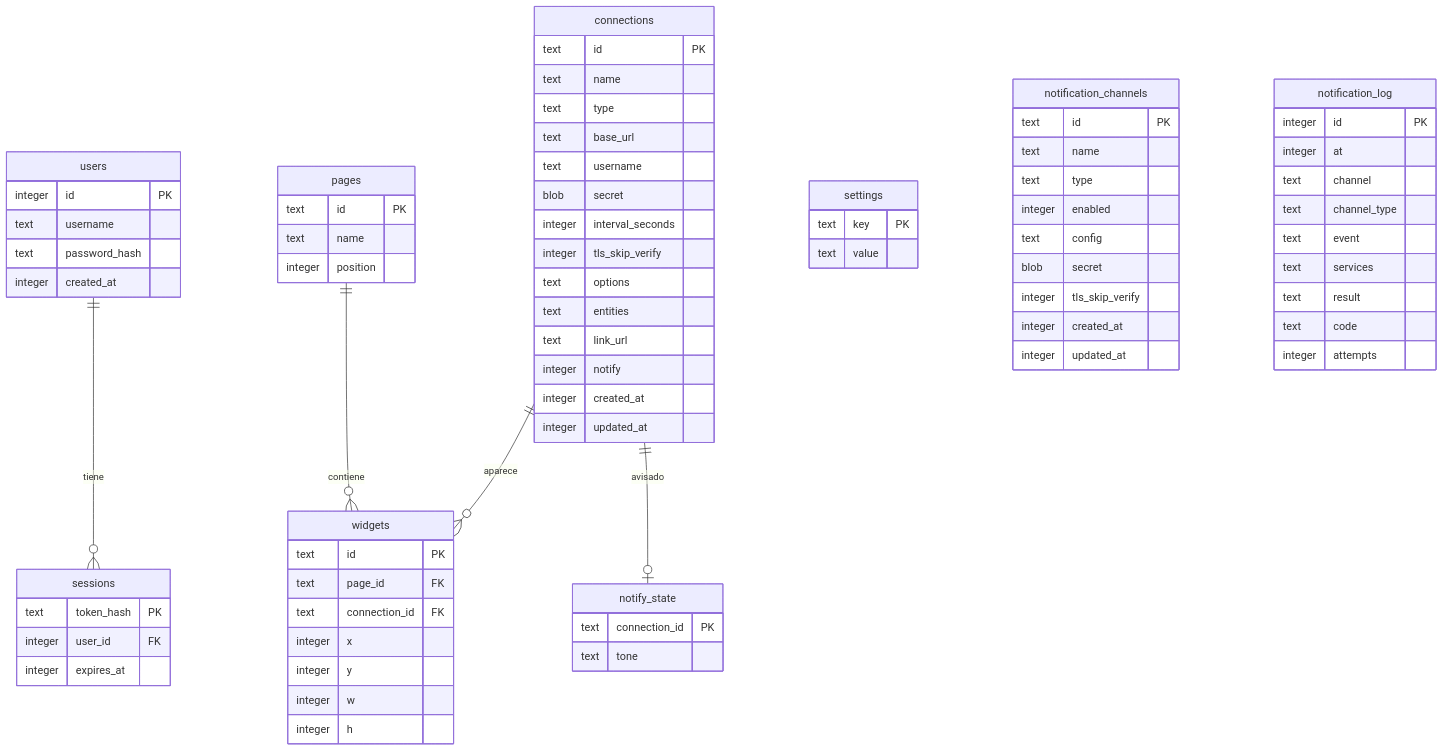
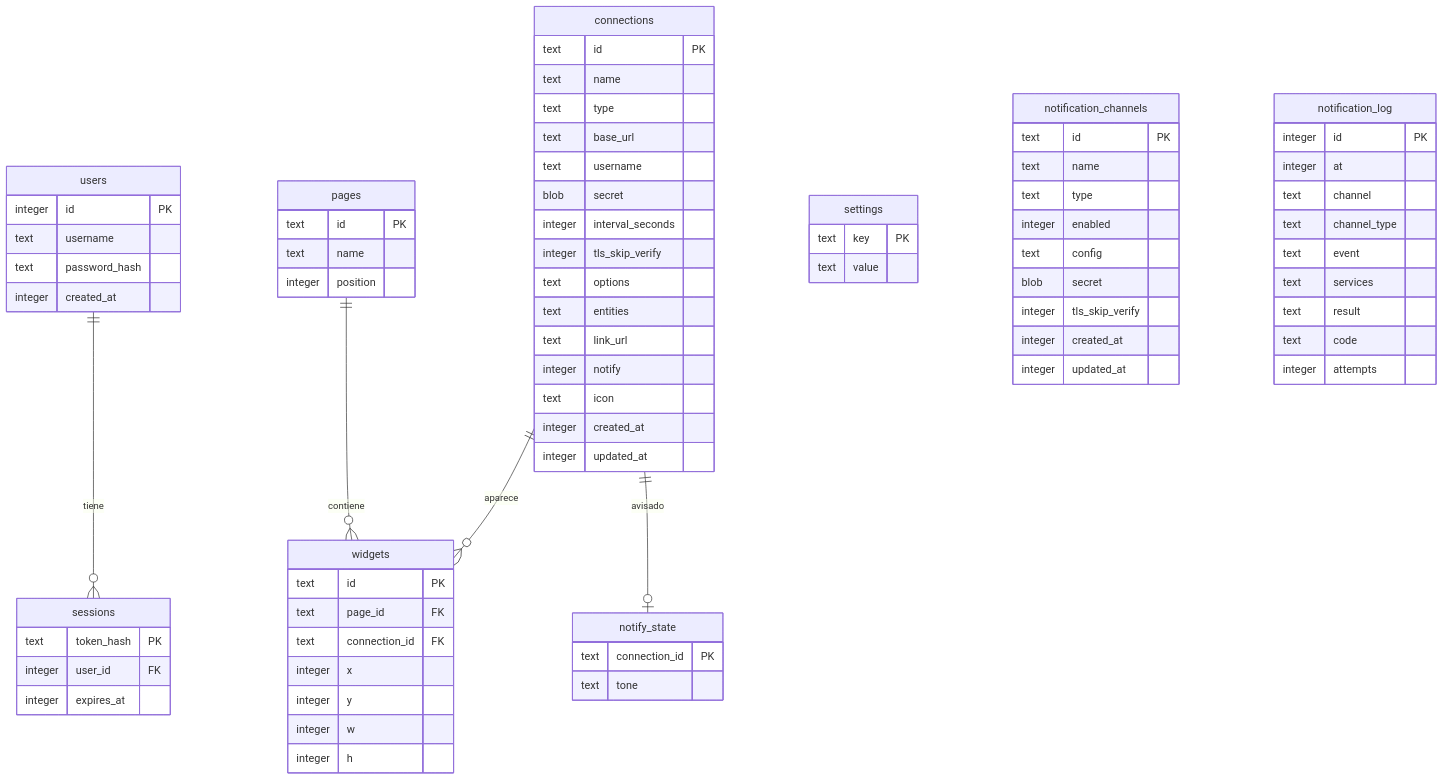
The fourth of 5 diagrams in docs/proyecto/02-arquitectura.md (izakdev/talaia), drawn with Mermaid before and after one commit. The commit also changed other lines of this file and 55 other files, not shown here.

````diff
--- a/docs/proyecto/02-arquitectura.md
+++ b/docs/proyecto/02-arquitectura.md
@@ -324,78 +330,79 @@
 ```mermaid
 erDiagram
     users ||--o{ sessions : tiene
     pages ||--o{ widgets : contiene
     connections ||--o{ widgets : aparece
     connections ||--o| notify_state : avisado
     settings {
         text key PK
         text value
     }
     pages {
         text id PK
         text name
         integer position
     }
     widgets {
         text id PK
         text page_id FK
         text connection_id FK
         integer x
         integer y
         integer w
         integer h
     }
     users {
         integer id PK
         text username
         text password_hash
         integer created_at
     }
     sessions {
         text token_hash PK
         integer user_id FK
         integer expires_at
     }
     connections {
         text id PK
         text name
         text type
         text base_url
         text username
         blob secret
         integer interval_seconds
         integer tls_skip_verify
         text options
         text entities
         text link_url
         integer notify
+        text icon
         integer created_at
         integer updated_at
     }
     notify_state {
         text connection_id PK
         text tone
     }
     notification_channels {
         text id PK
         text name
         text type
         integer enabled
         text config
         blob secret
         integer tls_skip_verify
         integer created_at
         integer updated_at
     }
     notification_log {
         integer id PK
         integer at
         text channel
         text channel_type
         text event
         text services
         text result
         text code
         integer attempts
     }
 ```
````
